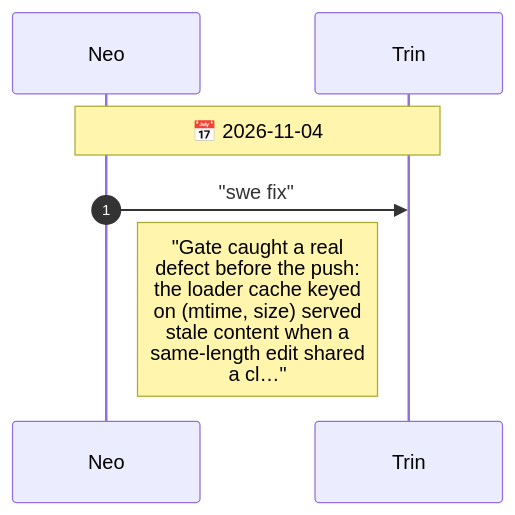
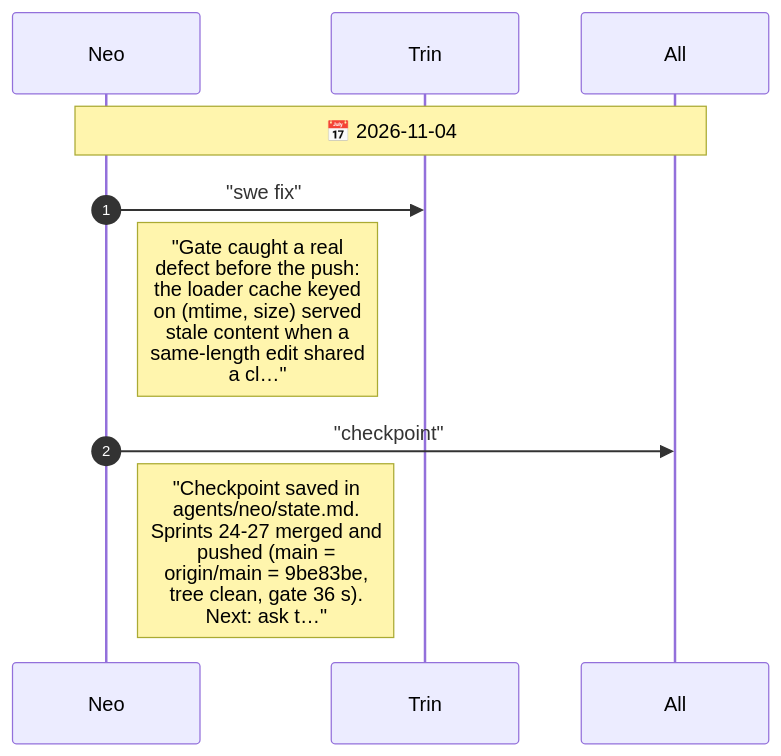
Diagram 35 of 35 in agents/CHAT.diagram.md (drusifer/understudy), drawn with Mermaid before and after one commit. The commit also changed 2 other files, not shown here.

Commit message:
Neo checkpoint: Sprints 24-27 merged and pushed; next is Sprint 28 scope

````diff
--- a/agents/CHAT.diagram.md
+++ b/agents/CHAT.diagram.md
@@ -1374,10 +1374,13 @@
 ```mermaid
 %%{init: {"sequence": {"messageFontSize": 14, "noteFontSize": 18, "actorFontSize": 14}}}%%
 sequenceDiagram
     autonumber
     participant Neo
     participant Trin
-    Note over Neo,Trin: 📅 2026-11-04
+    participant All
+    Note over Neo,All: 📅 2026-11-04
     Neo->>Trin: "swe fix"
     Note right of Neo: "Gate caught a real<br/>defect before the push:<br/>the loader cache keyed<br/>on (mtime, size) served<br/>stale content when a<br/>same-length edit shared<br/>a cl…"
+    Neo->>All: "checkpoint"
+    Note right of Neo: "Checkpoint saved in<br/>agents/neo/state.md.<br/>Sprints 24-27 merged and<br/>pushed (main =<br/>origin/main = 9be83be,<br/>tree clean, gate 36 s).<br/>Next: ask t…"
 ```
````
